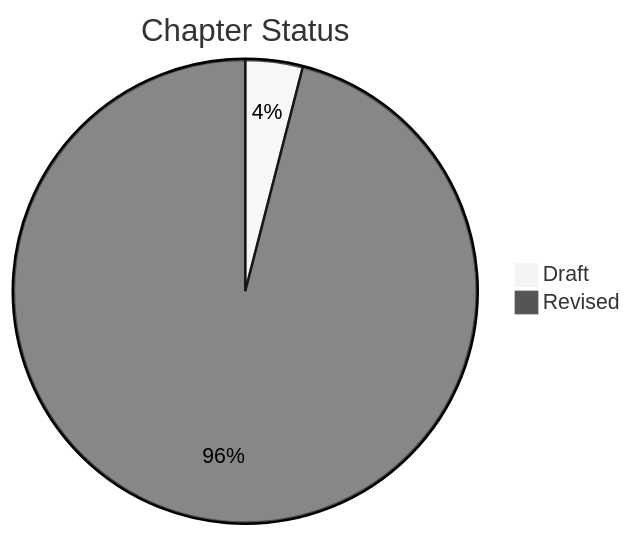
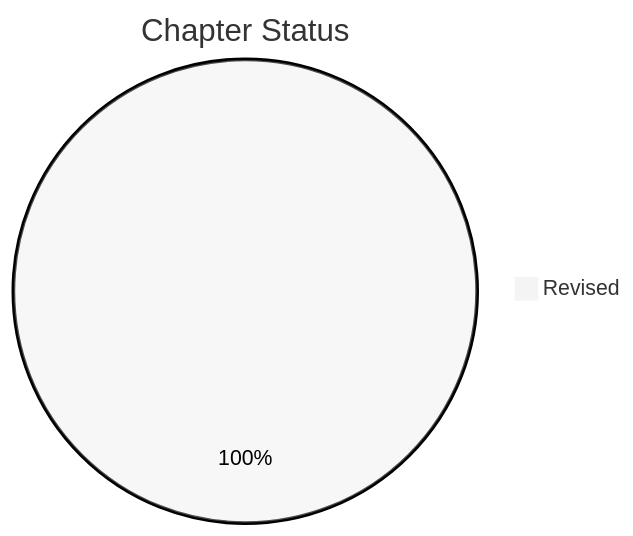
Before and after one commit to GOATnote-Inc/untamedpursuit: the fifth of 7 diagrams in README.md, drawn with Mermaid (neutral theme). The commit also changed other lines of this file and 13 other files, not shown here.

````diff
--- a/README.md
+++ b/README.md
@@ -239,5 +239,4 @@
 ```mermaid
 pie title Chapter Status
-    "Draft" : 1
-    "Revised" : 24
+    "Revised" : 25
 ```
````
